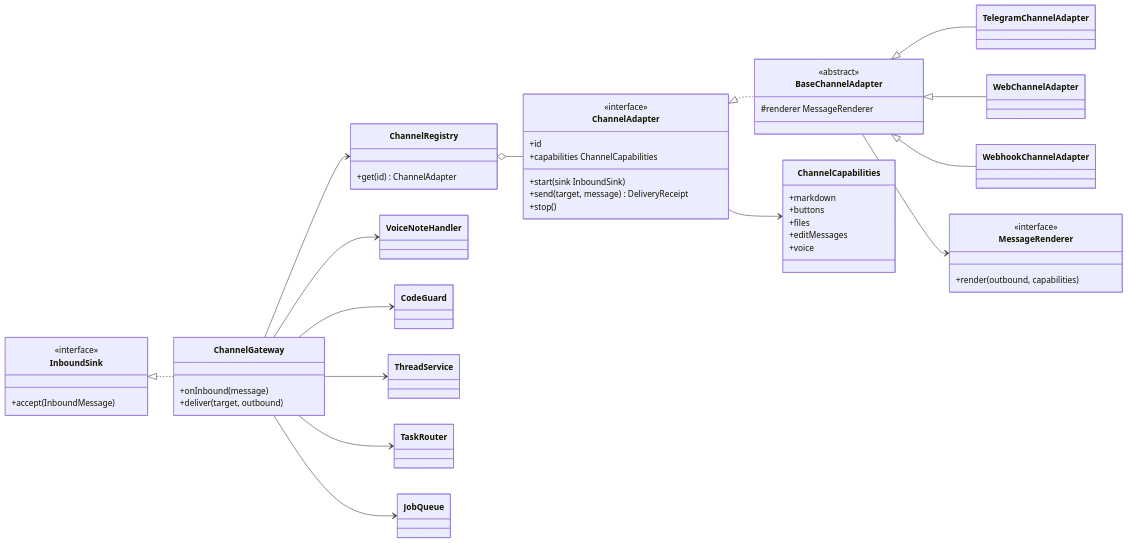
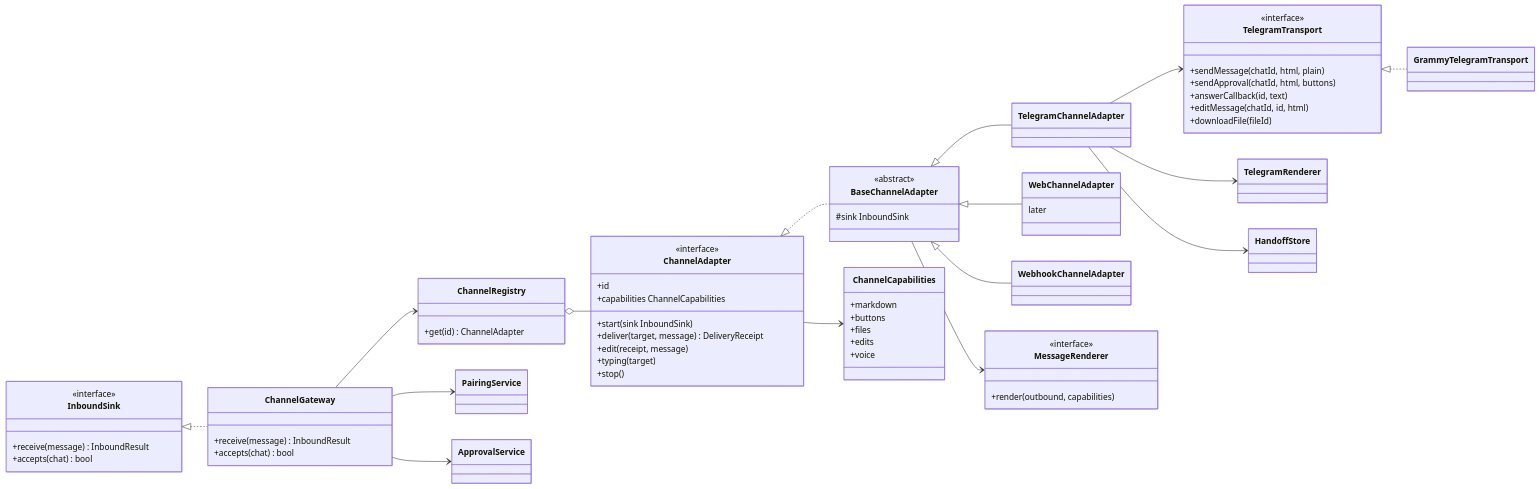
The seventh of 14 diagrams in docs/06-class-map.md (ggiraudon/shitsuji), drawn with Mermaid before and after one commit. The commit also changed other lines of this file and 5 other files, not shown here.

````diff
--- a/docs/06-class-map.md
+++ b/docs/06-class-map.md
@@ -510,58 +516,73 @@
 ```mermaid
 classDiagram
   direction LR
   class ChannelAdapter {
     <<interface>>
     +id
     +capabilities ChannelCapabilities
     +start(sink InboundSink)
-    +send(target, message) DeliveryReceipt
+    +deliver(target, message) DeliveryReceipt
+    +edit(receipt, message)
+    +typing(target)
     +stop()
   }
   class BaseChannelAdapter {
     <<abstract>>
-    #renderer MessageRenderer
+    #sink InboundSink
   }
   class TelegramChannelAdapter
-  class WebChannelAdapter
+  class WebChannelAdapter {
+    later
+  }
   class WebhookChannelAdapter
+  class TelegramTransport {
+    <<interface>>
+    +sendMessage(chatId, html, plain)
+    +sendApproval(chatId, html, buttons)
+    +answerCallback(id, text)
+    +editMessage(chatId, id, html)
+    +downloadFile(fileId)
+  }
+  class GrammyTelegramTransport
+  class TelegramRenderer
+  class HandoffStore
   class MessageRenderer {
     <<interface>>
     +render(outbound, capabilities)
   }
   class ChannelCapabilities {
     +markdown
     +buttons
     +files
-    +editMessages
+    +edits
     +voice
   }
   class ChannelRegistry {
     +get(id) ChannelAdapter
   }
   class ChannelGateway {
-    +onInbound(message)
-    +deliver(target, outbound)
+    +receive(message) InboundResult
+    +accepts(chat) bool
   }
   class InboundSink {
     <<interface>>
-    +accept(InboundMessage)
+    +receive(message) InboundResult
+    +accepts(chat) bool
   }
-  class VoiceNoteHandler
-  class CodeGuard
 
   ChannelAdapter <|.. BaseChannelAdapter
   BaseChannelAdapter <|-- TelegramChannelAdapter
   BaseChannelAdapter <|-- WebChannelAdapter
   BaseChannelAdapter <|-- WebhookChannelAdapter
   BaseChannelAdapter --> MessageRenderer
   ChannelAdapter --> ChannelCapabilities
   ChannelRegistry o-- ChannelAdapter
   ChannelGateway --> ChannelRegistry
+  ChannelGateway --> PairingService
+  ChannelGateway --> ApprovalService
   InboundSink <|.. ChannelGateway
-  ChannelGateway --> ThreadService
-  ChannelGateway --> TaskRouter
-  ChannelGateway --> JobQueue
-  ChannelGateway --> VoiceNoteHandler
-  ChannelGateway --> CodeGuard
+  TelegramChannelAdapter --> TelegramTransport
+  TelegramTransport <|.. GrammyTelegramTransport
+  TelegramChannelAdapter --> TelegramRenderer
+  TelegramChannelAdapter --> HandoffStore
 ```
````
